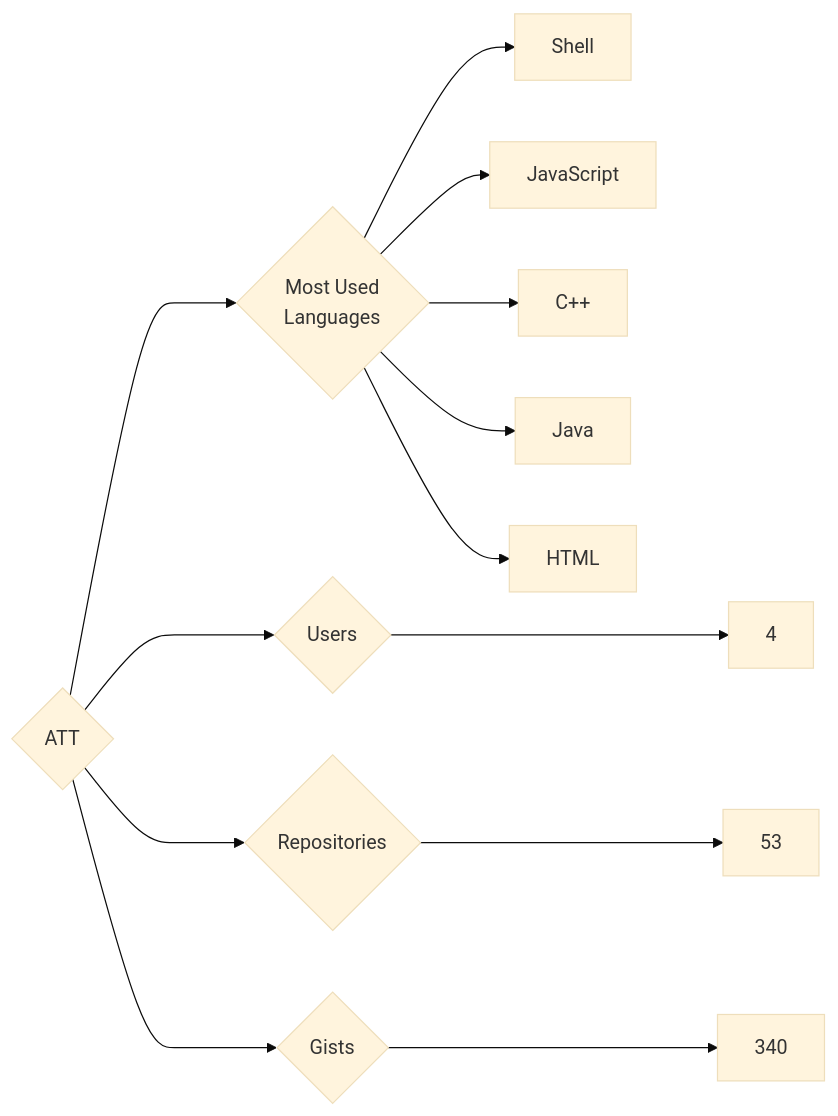
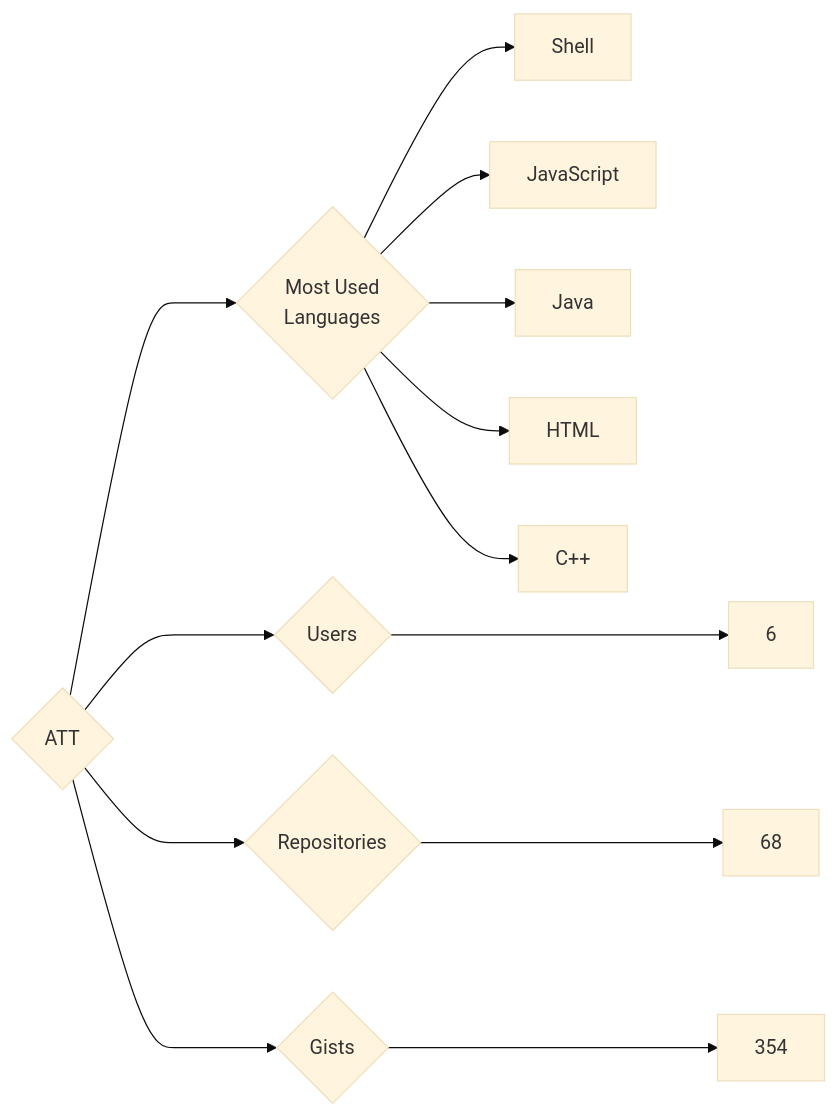
Before and after one commit to trickest/insiders: the diagram in targets/ATT/README.md, drawn with Mermaid (base theme). The commit also changed 721 other files, not shown here.

````diff
--- a/targets/ATT/README.md
+++ b/targets/ATT/README.md
@@ -3,13 +3,13 @@
 ```mermaid
 graph LR
 COMPANY_NAME{ATT}
-COMPANY_NAME ---> U{Users} ---> UN[4]
-COMPANY_NAME ---> R{Repositories} ---> RN[53]
-COMPANY_NAME ---> G{Gists} ---> GN[340]
+COMPANY_NAME ---> U{Users} ---> UN[6]
+COMPANY_NAME ---> R{Repositories} ---> RN[68]
+COMPANY_NAME ---> G{Gists} ---> GN[354]
 COMPANY_NAME ---> ML{Most Used<br>Languages}
 ML --> Shell[Shell]
 ML --> JavaScript[JavaScript]
-ML --> C++[C++]
 ML --> Java[Java]
 ML --> HTML[HTML]
+ML --> C++[C++]
 ```
````
